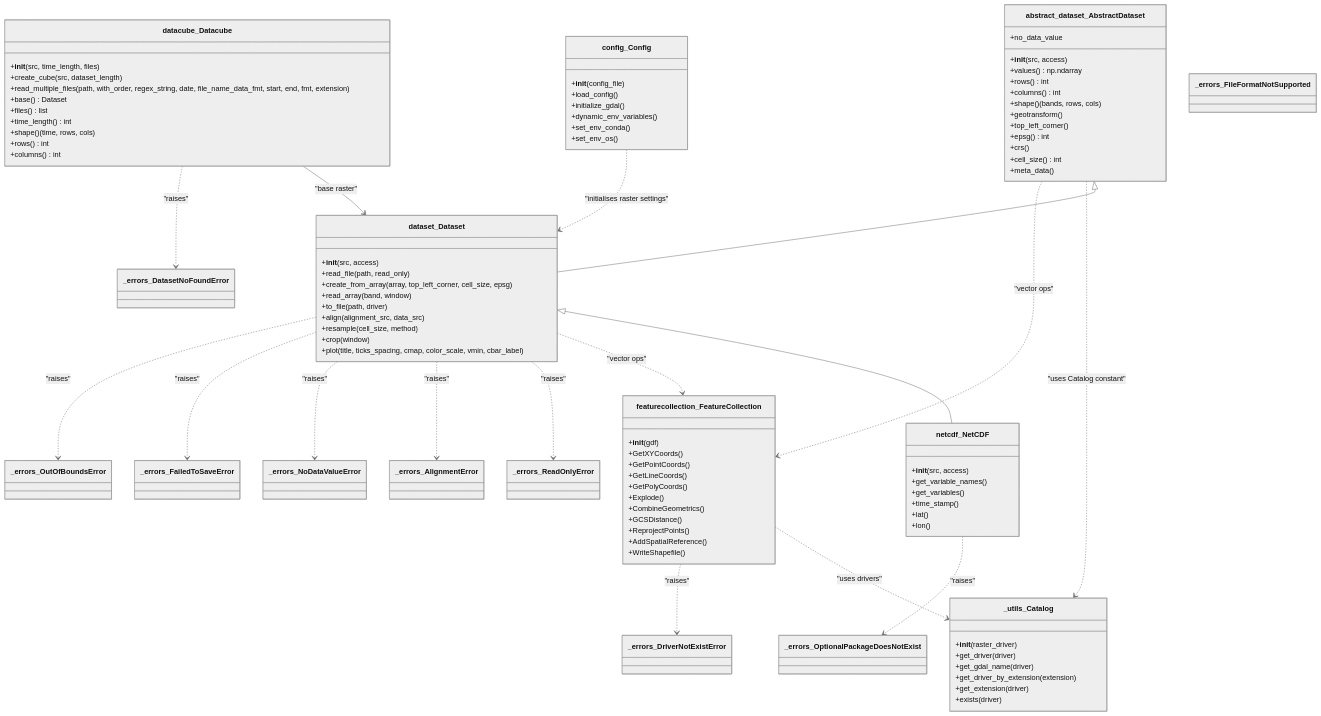
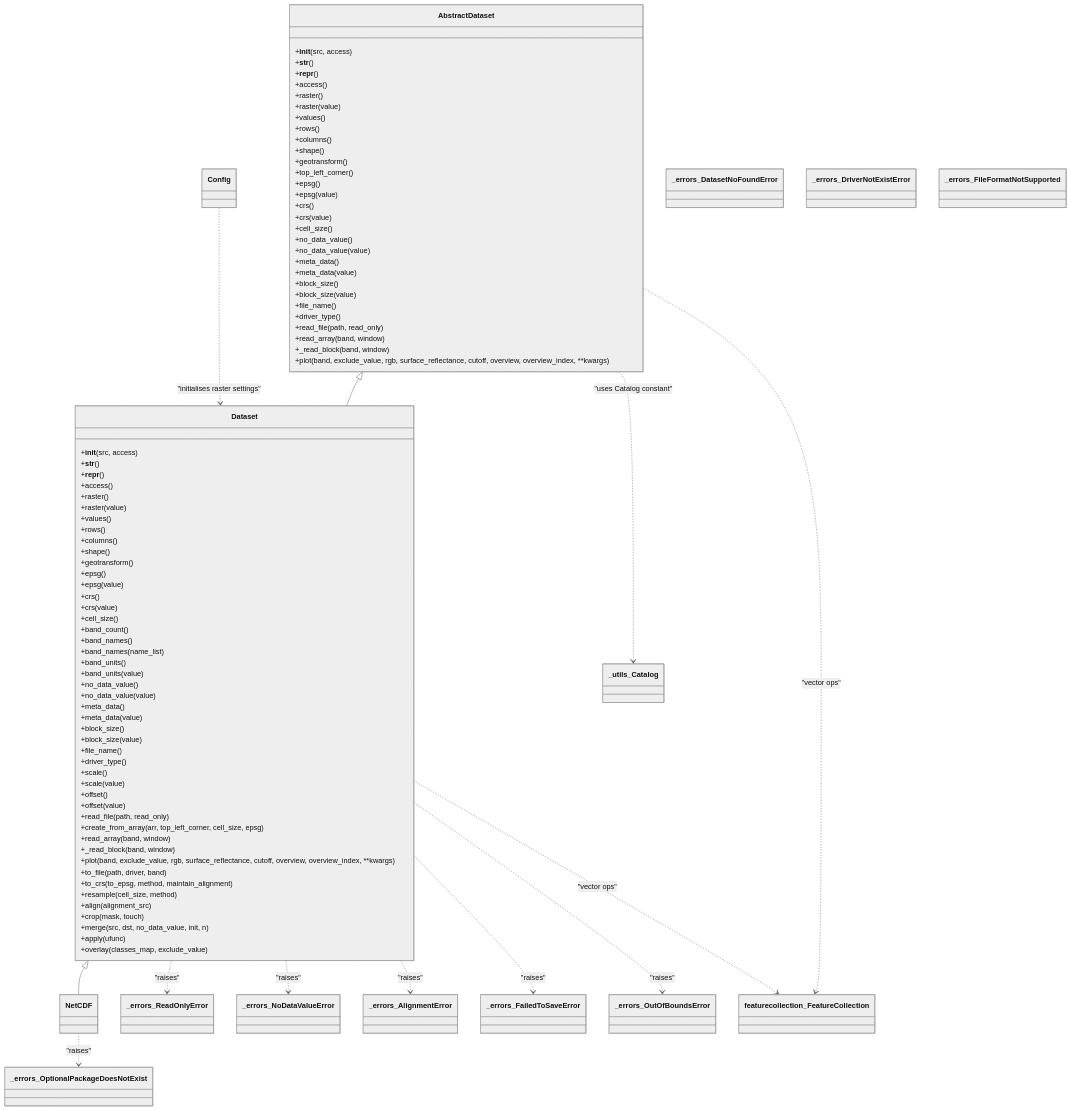
The first of 2 diagrams in docs/reference/dataset.md (Serapieum-of-alex/pyramids), drawn with Mermaid (neutral theme) before and after one commit. The commit also changed other lines of this file and 3 other files, not shown here.

Commit message:
add diagrams

````diff
--- a/docs/reference/dataset.md
+++ b/docs/reference/dataset.md
@@ -16,90 +5,100 @@
 ```mermaid
 classDiagram
     %% configuration class
-    class config_Config {
-        +__init__(config_file)
-        +load_config()
-        +initialize_gdal()
-        +dynamic_env_variables()
-        +set_env_conda()
-        +set_env_os()
+    class Config {
     }
 
     %% abstract base class for rasters
-    class abstract_dataset_AbstractDataset {
+    class AbstractDataset {
         +__init__(src, access)
-        +values() np.ndarray
-        +rows() int
-        +columns() int
-        +shape() (bands, rows, cols)
+        +__str__()
+        +__repr__()
+        +access()
+        +raster()
+        +raster(value)
+        +values()
+        +rows()
+        +columns()
+        +shape()
         +geotransform()
         +top_left_corner()
-        +epsg() int
+        +epsg()
+        +epsg(value)
         +crs()
-        +cell_size() int
-        +no_data_value
+        +crs(value)
+        +cell_size()
+        +no_data_value()
+        +no_data_value(value)
         +meta_data()
+        +meta_data(value)
+        +block_size()
+        +block_size(value)
+        +file_name()
+        +driver_type()
+        +read_file(path, read_only)
+        +read_array(band, window)
+        +_read_block(band, window)
+        +plot(band, exclude_value, rgb, surface_reflectance, cutoff, overview, overview_index, **kwargs)
     }
 
     %% concrete raster class
-    class dataset_Dataset {
+    class Dataset {
         +__init__(src, access)
+        +__str__()
+        +__repr__()
+        +access()
+        +raster()
+        +raster(value)
+        +values()
+        +rows()
+        +columns()
+        +shape()
+        +geotransform()
+        +epsg()
+        +epsg(value)
+        +crs()
+        +crs(value)
+        +cell_size()
+        +band_count()
+        +band_names()
+        +band_names(name_list)
+        +band_units()
+        +band_units(value)
+        +no_data_value()
+        +no_data_value(value)
+        +meta_data()
+        +meta_data(value)
+        +block_size()
+        +block_size(value)
+        +file_name()
+        +driver_type()
+        +scale()
+        +scale(value)
+        +offset()
+        +offset(value)
         +read_file(path, read_only)
-        +create_from_array(array, top_left_corner, cell_size, epsg)
+        +create_from_array(arr, top_left_corner, cell_size, epsg)
         +read_array(band, window)
-        +to_file(path, driver)
-        +align(alignment_src, data_src)
+        +_read_block(band, window)
+        +plot(band, exclude_value, rgb, surface_reflectance, cutoff, overview, overview_index, **kwargs)
+        +to_file(path, driver, band)
+        +to_crs(to_epsg, method, maintain_alignment)
         +resample(cell_size, method)
-        +crop(window)
-        +plot(title, ticks_spacing, cmap, color_scale, vmin, cbar_label)
+        +align(alignment_src)
+        +crop(mask, touch)
+        +merge(src, dst, no_data_value, init, n)
+        +apply(ufunc)
+        +overlay(classes_map, exclude_value)
     }
 
-    %% NetCDF: raster class specialised for NetCDF variables
-    class netcdf_NetCDF {
-        +__init__(src, access)
-        +get_variable_names()
-        +get_variables()
-        +time_stamp()
-        +lat()
-        +lon()
-    }
 
-    %% DataCube: stack of rasters
-    class datacube_Datacube {
-        +__init__(src, time_length, files)
-        +create_cube(src, dataset_length)
-        +read_multiple_files(path, with_order, regex_string, date, file_name_data_fmt, start, end, fmt, extension)
-        +base() Dataset
-        +files() list
-        +time_length() int
-        +shape() (time, rows, cols)
-        +rows() int
-        +columns() int
-    }
-
-    %% FeatureCollection for vector data
-    class featurecollection_FeatureCollection {
-        +__init__(gdf)
-        +GetXYCoords()
-        +GetPointCoords()
-        +GetLineCoords()
-        +GetPolyCoords()
-        +Explode()
-        +CombineGeometrics()
-        +GCSDistance()
-        +ReprojectPoints()
-        +AddSpatialReference()
-        +WriteShapefile()
-    }
 
     %% Driver catalog
     class _utils_Catalog {
-        +__init__(raster_driver)
-        +get_driver(driver)
-        +get_gdal_name(driver)
-        +get_driver_by_extension(extension)
-        +get_extension(driver)
-        +exists(driver)
+    }
+    
+    %% NetCDF
+    class NetCDF {
     }
 
     %% error classes
@@ -114,23 +113,19 @@
     class _errors_OutOfBoundsError
 
     %% inheritance relations
-    abstract_dataset_AbstractDataset <|-- dataset_Dataset
-    dataset_Dataset <|-- netcdf_NetCDF
+    AbstractDataset <|-- Dataset
+    Dataset <|-- NetCDF
 
     %% composition/usage relations
-    datacube_Datacube --> dataset_Dataset : "base raster"
-    abstract_dataset_AbstractDataset ..> _utils_Catalog : "uses Catalog constant"
-    abstract_dataset_AbstractDataset ..> featurecollection_FeatureCollection : "vector ops"
-    dataset_Dataset ..> featurecollection_FeatureCollection : "vector ops"
-    featurecollection_FeatureCollection ..> _utils_Catalog : "uses drivers"
-    dataset_Dataset ..> _errors_ReadOnlyError : "raises"
-    dataset_Dataset ..> _errors_AlignmentError : "raises"
-    dataset_Dataset ..> _errors_NoDataValueError : "raises"
-    dataset_Dataset ..> _errors_FailedToSaveError : "raises"
-    dataset_Dataset ..> _errors_OutOfBoundsError : "raises"
-    datacube_Datacube ..> _errors_DatasetNoFoundError : "raises"
-    featurecollection_FeatureCollection ..> _errors_DriverNotExistError : "raises"
-    netcdf_NetCDF ..> _errors_OptionalPackageDoesNotExist : "raises"
-    config_Config ..> dataset_Dataset : "initialises raster settings"
+    AbstractDataset ..> _utils_Catalog : "uses Catalog constant"
+    AbstractDataset ..> featurecollection_FeatureCollection : "vector ops"
+    Dataset ..> featurecollection_FeatureCollection : "vector ops"
+    Dataset ..> _errors_ReadOnlyError : "raises"
+    Dataset ..> _errors_AlignmentError : "raises"
+    Dataset ..> _errors_NoDataValueError : "raises"
+    Dataset ..> _errors_FailedToSaveError : "raises"
+    Dataset ..> _errors_OutOfBoundsError : "raises"
+    NetCDF ..> _errors_OptionalPackageDoesNotExist : "raises"
+    Config ..> Dataset : "initialises raster settings"
 
 ```
````
